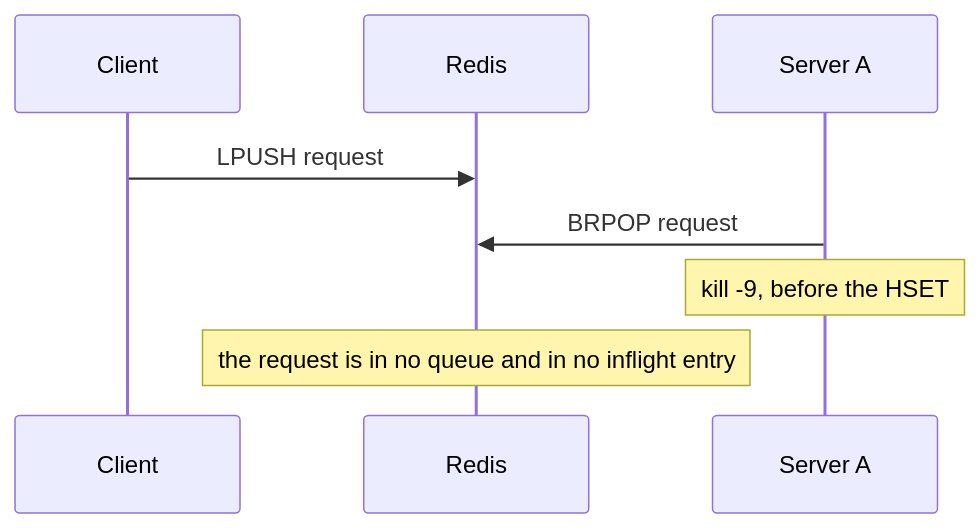
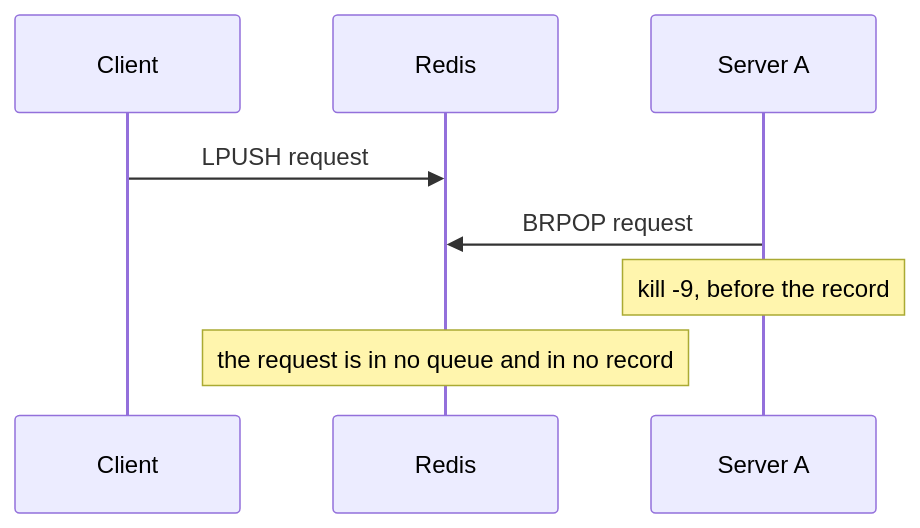
The first of 2 diagrams in docs/taking-requests.md (KaiqueBahmad/anycall), drawn with Mermaid before and after one commit. The commit also changed other lines of this file and 3 other files, not shown here.

````diff
--- a/docs/taking-requests.md
+++ b/docs/taking-requests.md
@@ -25,10 +24,10 @@
 ```mermaid
 sequenceDiagram
     participant C as Client
     participant R as Redis
     participant A as Server A
     C->>R: LPUSH request
     A->>R: BRPOP request
-    Note over A: kill -9, before the HSET
-    Note over R: the request is in no queue and in no inflight entry
+    Note over A: kill -9, before the record
+    Note over R: the request is in no queue and in no record
 ```
````
